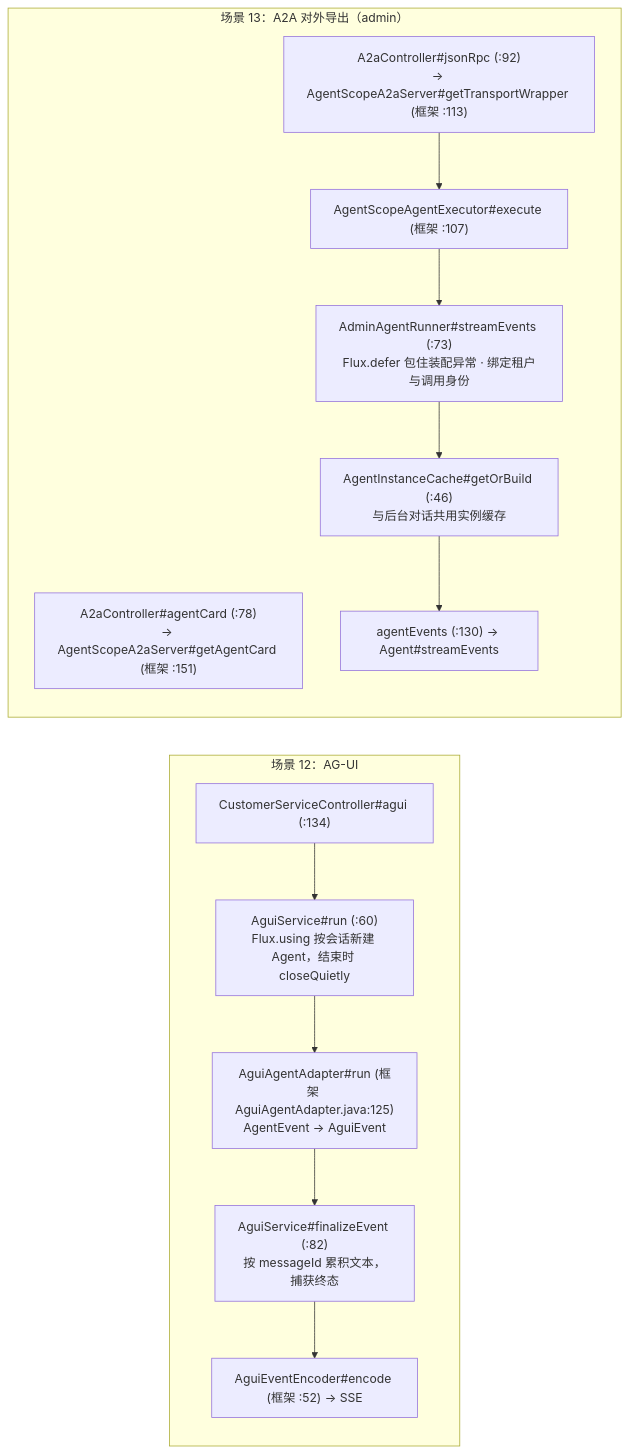
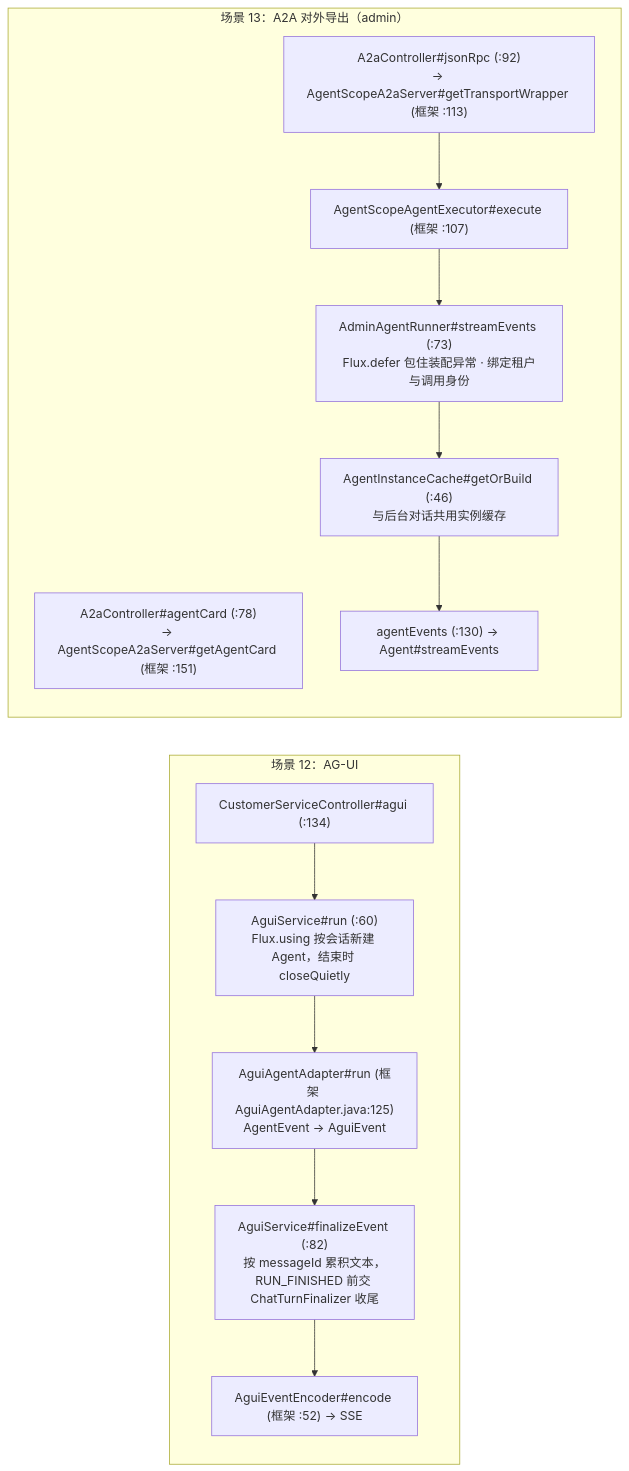
The seventh of 8 diagrams in 09-customer_work场景全景映射.md (liulangjietou/AgentScope-source-analysis), drawn with Mermaid before and after one commit. The commit also changed other lines of this file, not shown here.

````diff
--- a/09-customer_work场景全景映射.md
+++ b/09-customer_work场景全景映射.md
@@ -186,16 +222,16 @@
 ```mermaid
 flowchart LR
     subgraph S12["场景 12：AG-UI"]
         A1["CustomerServiceController#agui (:134)"] --> A2["AguiService#run (:60)<br/>Flux.using 按会话新建 Agent，结束时 closeQuietly"]
         A2 --> A3["AguiAgentAdapter#run (框架 AguiAgentAdapter.java:125)<br/>AgentEvent → AguiEvent"]
-        A3 --> A4["AguiService#finalizeEvent (:82)<br/>按 messageId 累积文本，捕获终态"]
+        A3 --> A4["AguiService#finalizeEvent (:82)<br/>按 messageId 累积文本，RUN_FINISHED 前交 ChatTurnFinalizer 收尾"]
         A4 --> A5["AguiEventEncoder#encode (框架 :52) → SSE"]
     end
     subgraph S13["场景 13：A2A 对外导出（admin）"]
         B1["A2aController#agentCard (:78)<br/>→ AgentScopeA2aServer#getAgentCard (框架 :151)"]
         B2["A2aController#jsonRpc (:92)<br/>→ AgentScopeA2aServer#getTransportWrapper (框架 :113)"] --> B3["AgentScopeAgentExecutor#execute (框架 :107)"]
         B3 --> B4["AdminAgentRunner#streamEvents (:73)<br/>Flux.defer 包住装配异常 · 绑定租户与调用身份"]
         B4 --> B5["AgentInstanceCache#getOrBuild (:46)<br/>与后台对话共用实例缓存"]
         B5 --> B6["agentEvents (:130) → Agent#streamEvents"]
     end
 ```
````
